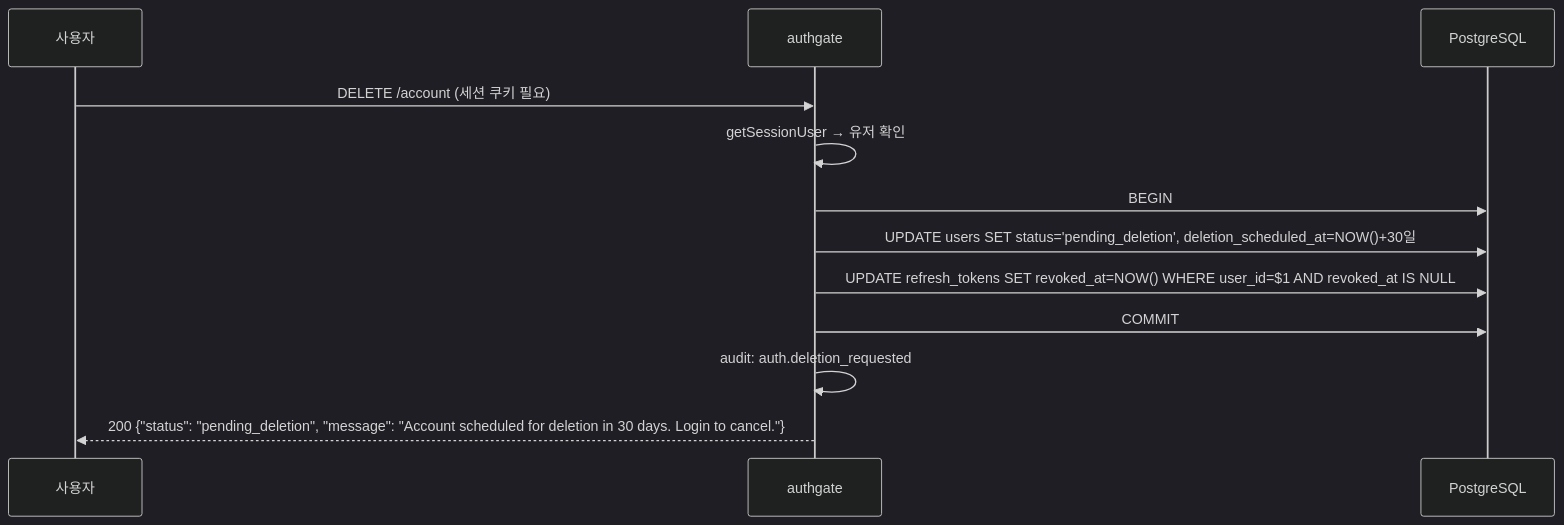
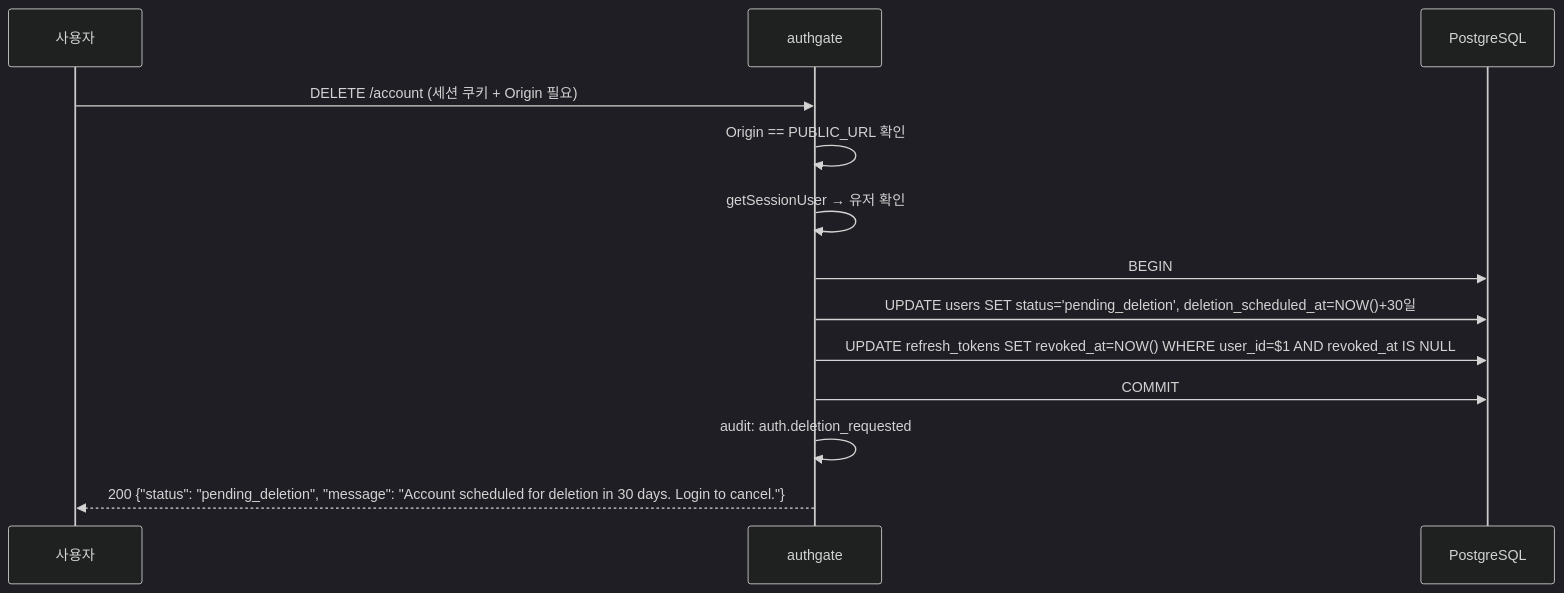
The second of 3 diagrams in docs/spec/006-account-lifecycle.md (cagojeiger/authgate), drawn with Mermaid (dark theme) before and after one commit. The commit also changed other lines of this file and 10 other files, not shown here.

````diff
--- a/docs/spec/006-account-lifecycle.md
+++ b/docs/spec/006-account-lifecycle.md
@@ -59,15 +59,16 @@
 ```mermaid
 sequenceDiagram
     participant U as 사용자
     participant AG as authgate
     participant DB as PostgreSQL
 
-    U->>AG: DELETE /account (세션 쿠키 필요)
+    U->>AG: DELETE /account (세션 쿠키 + Origin 필요)
+    AG->>AG: Origin == PUBLIC_URL 확인
     AG->>AG: getSessionUser → 유저 확인
     AG->>DB: BEGIN
     AG->>DB: UPDATE users SET status='pending_deletion', deletion_scheduled_at=NOW()+30일
     AG->>DB: UPDATE refresh_tokens SET revoked_at=NOW() WHERE user_id=$1 AND revoked_at IS NULL
     AG->>DB: COMMIT
     AG->>AG: audit: auth.deletion_requested
     AG-->>U: 200 {"status": "pending_deletion", "message": "Account scheduled for deletion in 30 days. Login to cancel."}
 ```
````
